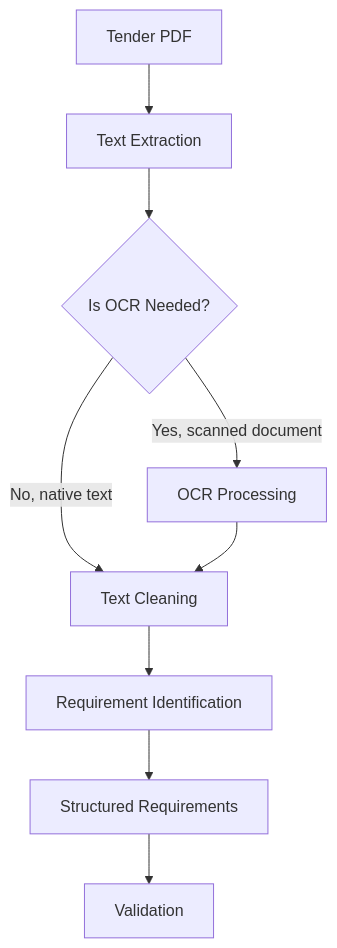
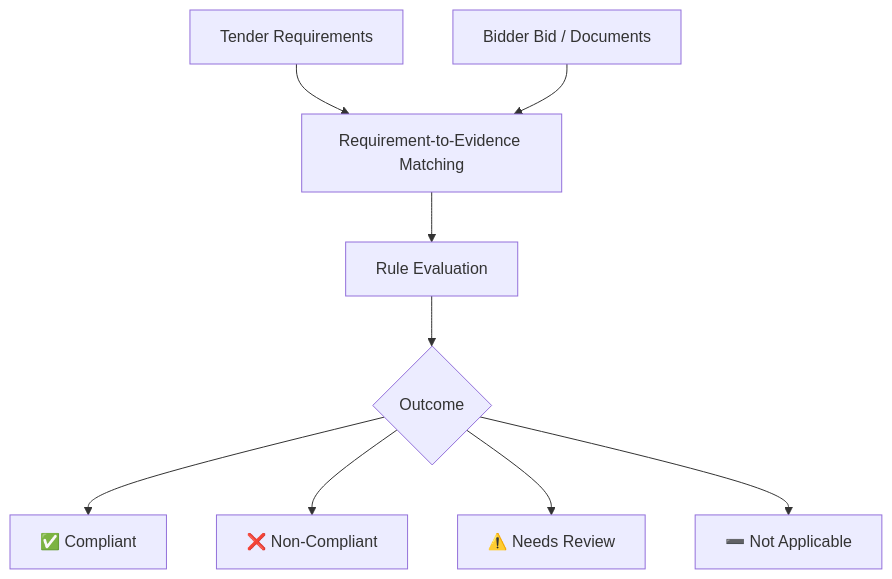
The third of 10 diagrams in Flow-Diagram.md (IshanWankhede/BidVerify-AI), drawn with Mermaid before and after one commit. The commit also changed other lines of this file and 5 other files, not shown here.

````diff
--- a/Flow-Diagram.md
+++ b/Flow-Diagram.md
@@ -33,11 +87,11 @@
 ```mermaid
 flowchart TD
-    A[Tender PDF] --> B[Text Extraction]
-    B --> C{Is OCR Needed?}
-    C -->|Yes, scanned document| D[OCR Processing]
-    C -->|No, native text| E[Text Cleaning]
-    D --> E
-    E --> F[Requirement Identification]
-    F --> G[Structured Requirements]
-    G --> H[Validation]
+    A[Tender Requirements] --> C[Requirement-to-Evidence Matching]
+    B[Bidder Bid / Documents] --> C
+    C --> D[Rule Evaluation]
+    D --> E{Outcome}
+    E --> F[✅ Compliant]
+    E --> G[❌ Non-Compliant]
+    E --> H[⚠️ Needs Review]
+    E --> I[➖ Not Applicable]
 ```
````
